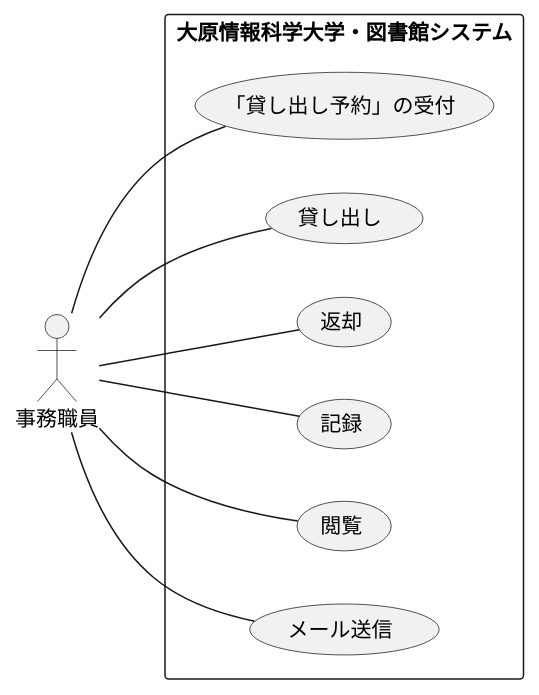
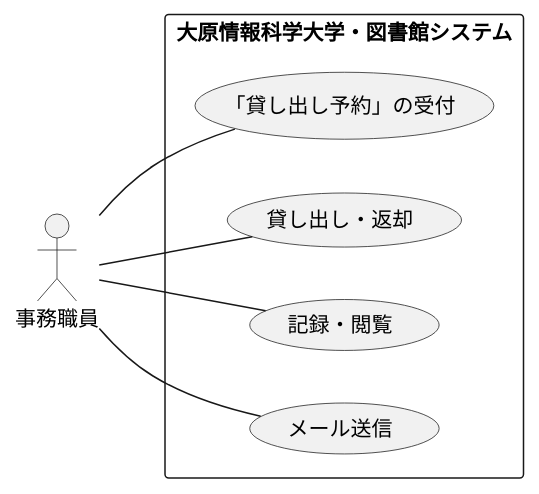
One commit to ko246/ohara_uml changed the diagram in group/効果測定用/ユースケース図/usecase_00.pu. Above: the diagram before and after it, drawn with PlantUML. The commit also changed 7 other files, not shown here.

```diff
--- a/group/効果測定用/ユースケース図/usecase_00.pu
+++ b/group/効果測定用/ユースケース図/usecase_00.pu
@@ -1,20 +1,15 @@
 @startuml メニュー項目
 left to right direction
 actor "事務職員" as ac1
-' actor "会員" as ac2
-rectangle  大原情報科学大学・図書館システム{
+rectangle  大原情報科学大学・図書館システム as system {
   usecase "「貸し出し予約」の受付" as UC1
-  usecase "貸し出し" as UC2
-  usecase "返却" as UC3
-  usecase "記録" as UC4
-  usecase "閲覧" as UC5
-  usecase "メール送信" as UC6
+  usecase "貸し出し・返却" as UC2
+  usecase "記録・閲覧" as UC3
+  usecase "メール送信" as UC4
 }
-' ac2 -- UC0
 ac1 -- UC1
 ac1 -- UC2
 ac1 -- UC3
 ac1 -- UC4
-ac1 -- UC5
-ac1 -- UC6
+
 @enduml
```
